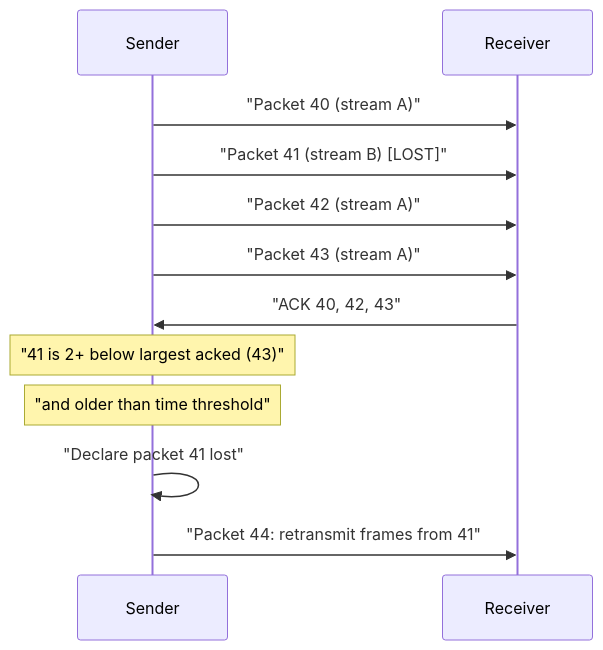
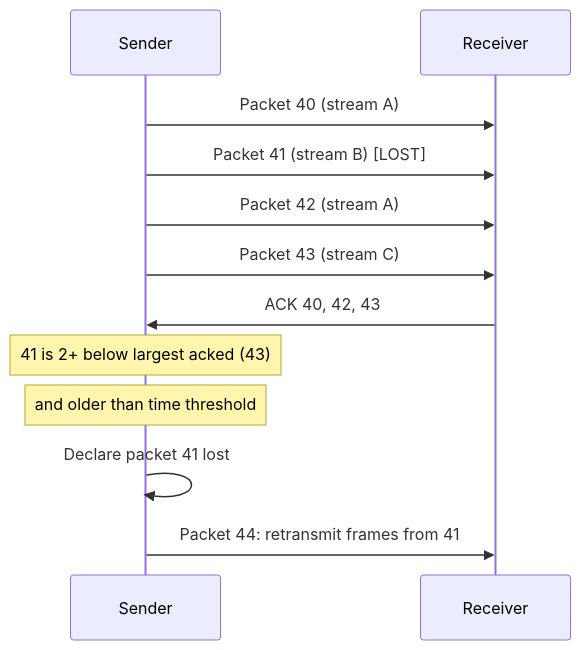
Before and after one commit to vabs/vabs.github.io: the first of 2 diagrams in content/post/http-3-and-quic-packet-loss-recovery.md, drawn with Mermaid. The commit also changed other lines of this file and 87 other files, not shown here.

First line of the commit message:
Fix: Readable mermaid diagrams and fact-check blog posts

```diff
--- a/content/post/http-3-and-quic-packet-loss-recovery.md
+++ b/content/post/http-3-and-quic-packet-loss-recovery.md
@@ -54,14 +54,14 @@
 {{< mermaid >}}
 sequenceDiagram
     participant S as Sender
     participant R as Receiver
-    S->>R: "Packet 40 (stream A)"
-    S->>R: "Packet 41 (stream B) [LOST]"
-    S->>R: "Packet 42 (stream A)"
-    S->>R: "Packet 43 (stream A)"
-    R->>S: "ACK 40, 42, 43"
-    Note over S: "41 is 2+ below largest acked (43)"
-    Note over S: "and older than time threshold"
-    S->>S: "Declare packet 41 lost"
-    S->>R: "Packet 44: retransmit frames from 41"
+    S->>R: Packet 40 (stream A)
+    S->>R: Packet 41 (stream B) [LOST]
+    S->>R: Packet 42 (stream A)
+    S->>R: Packet 43 (stream C)
+    R->>S: ACK 40, 42, 43
+    Note over S: 41 is 2+ below largest acked (43)
+    Note over S: and older than time threshold
+    S->>S: Declare packet 41 lost
+    S->>R: Packet 44: retransmit frames from 41
 {{< /mermaid >}}
```
